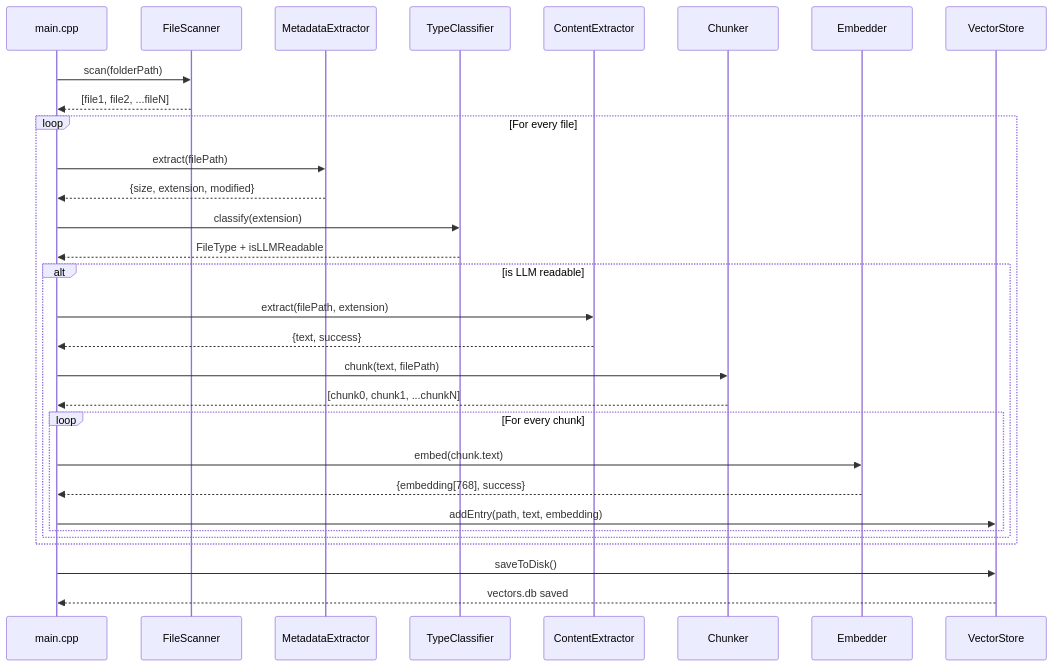
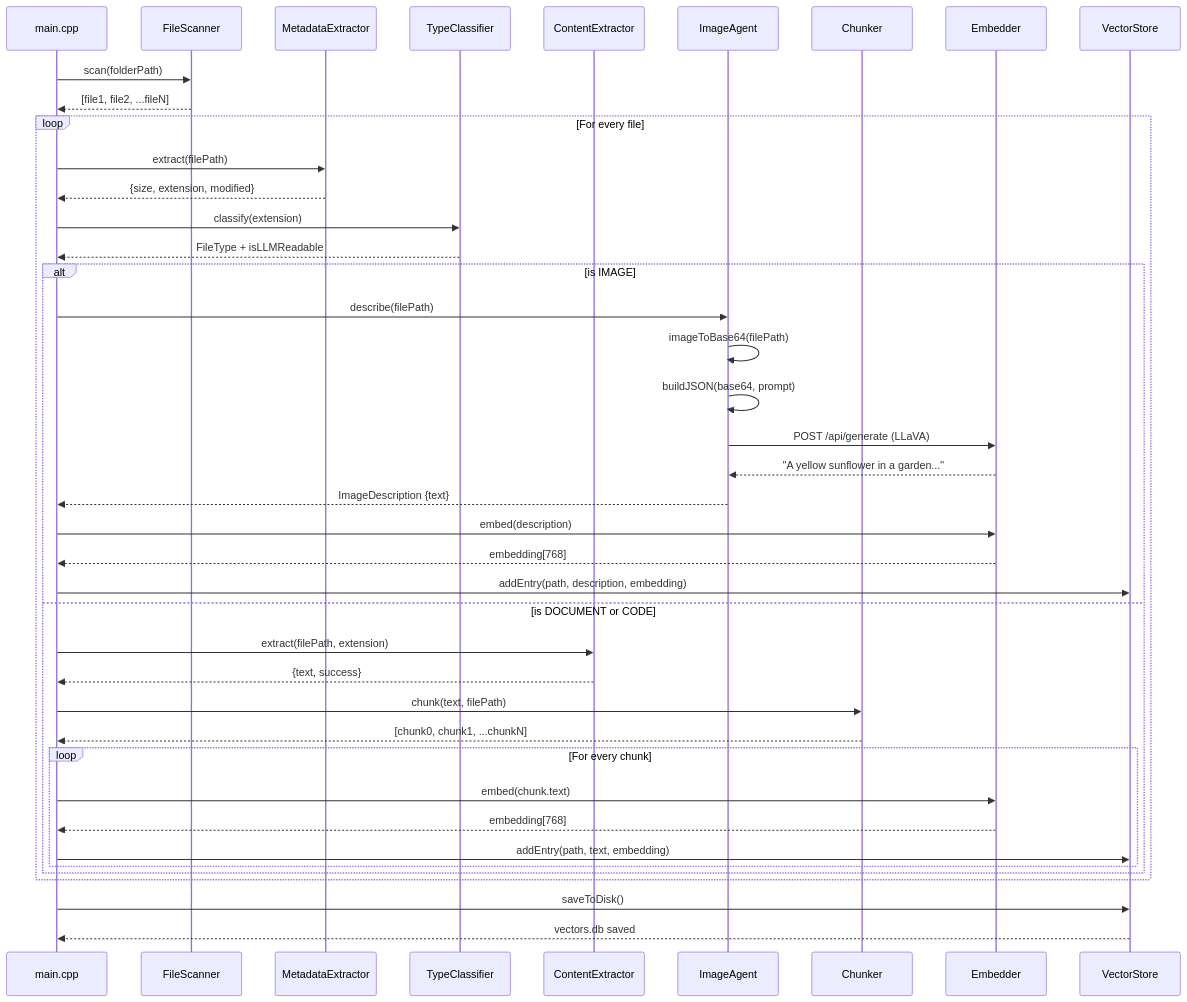
The first of 3 diagrams in README.md (suhanikat/llm-local-search), drawn with Mermaid before and after one commit. The commit also changed other lines of this file, not shown here.

````diff
--- a/README.md
+++ b/README.md
@@ -96,39 +98,51 @@
 ```mermaid
 sequenceDiagram
     participant M as main.cpp
     participant FS as FileScanner
     participant ME as MetadataExtractor
     participant TC as TypeClassifier
     participant CE as ContentExtractor
+    participant IA as ImageAgent
     participant CH as Chunker
     participant EM as Embedder
     participant VS as VectorStore
 
     M->>FS: scan(folderPath)
     FS-->>M: [file1, file2, ...fileN]
 
     loop For every file
         M->>ME: extract(filePath)
         ME-->>M: {size, extension, modified}
 
         M->>TC: classify(extension)
         TC-->>M: FileType + isLLMReadable
 
-        alt is LLM readable
+        alt is IMAGE
+            M->>IA: describe(filePath)
+            IA->>IA: imageToBase64(filePath)
+            IA->>IA: buildJSON(base64, prompt)
+            IA->>EM: POST /api/generate (LLaVA)
+            EM-->>IA: "A yellow sunflower in a garden..."
+            IA-->>M: ImageDescription {text}
+            M->>EM: embed(description)
+            EM-->>M: embedding[768]
+            M->>VS: addEntry(path, description, embedding)
+
+        else is DOCUMENT or CODE
             M->>CE: extract(filePath, extension)
             CE-->>M: {text, success}
 
             M->>CH: chunk(text, filePath)
             CH-->>M: [chunk0, chunk1, ...chunkN]
 
             loop For every chunk
                 M->>EM: embed(chunk.text)
-                EM-->>M: {embedding[768], success}
+                EM-->>M: embedding[768]
                 M->>VS: addEntry(path, text, embedding)
             end
         end
     end
 
     M->>VS: saveToDisk()
     VS-->>M: vectors.db saved
 ```
````
